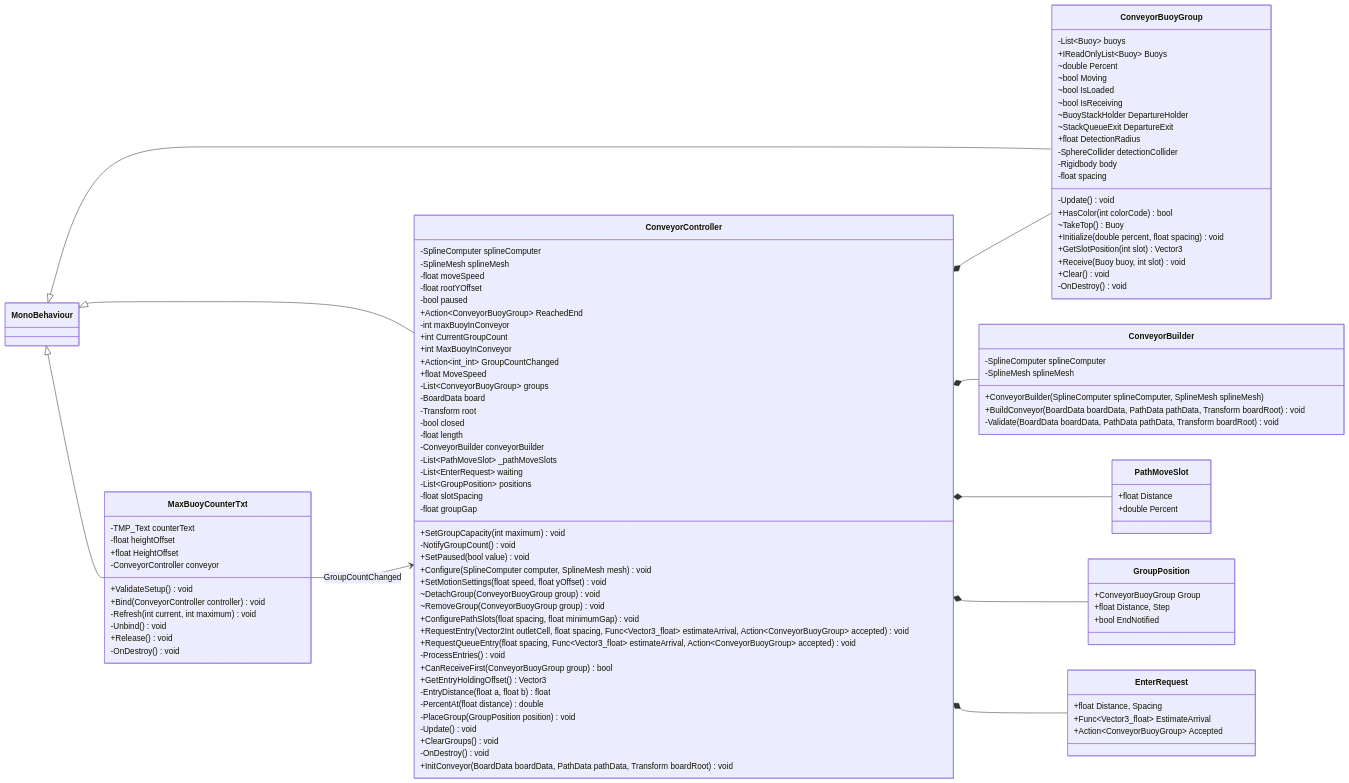
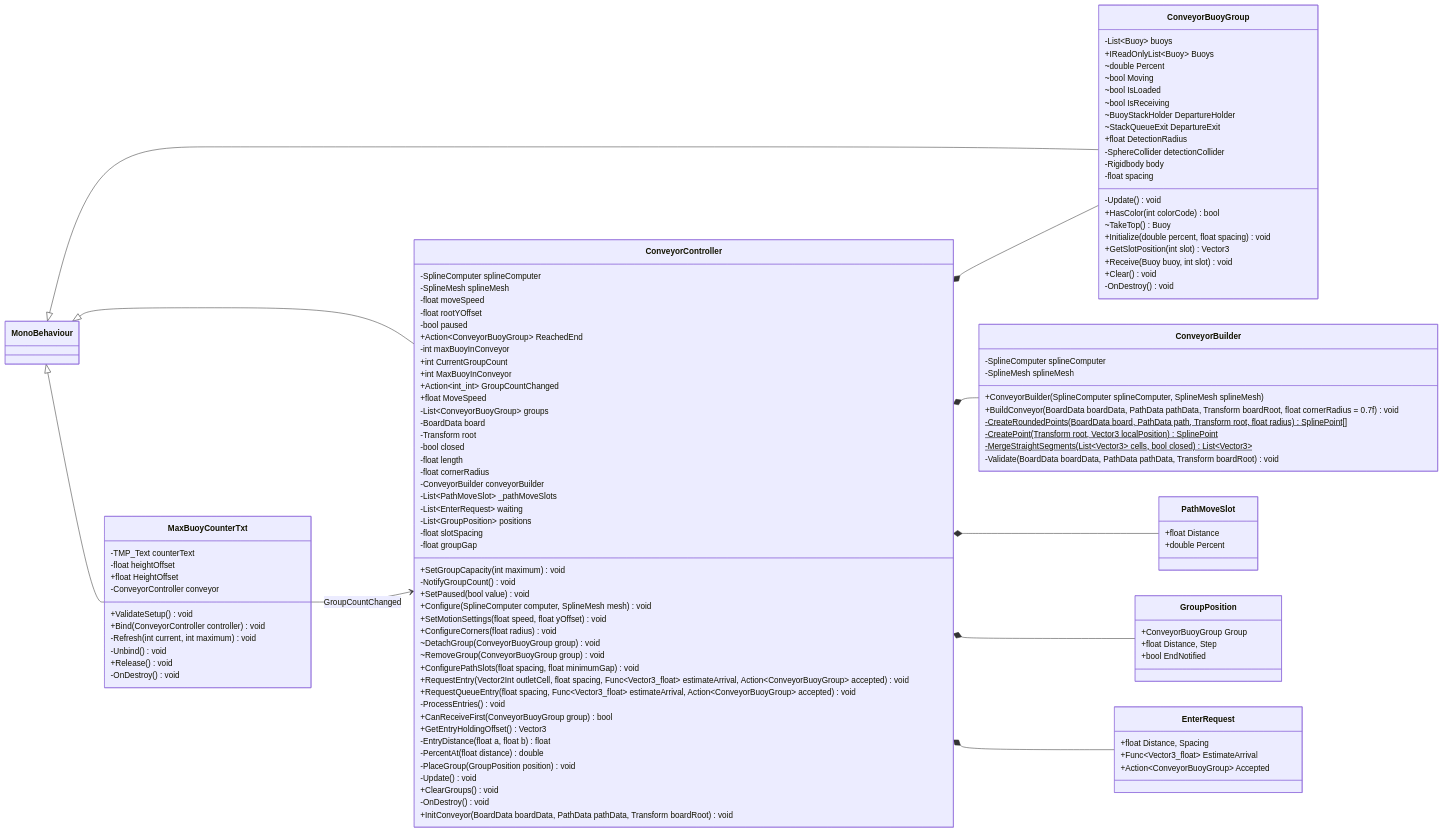
Before and after one commit to nchuoi2443/WaterConveyorSort: the diagram in Docs/ClassDiagram-Conveyor.mmd, drawn with Mermaid. The commit also changed 8 other files, not shown here.

Commit message:
polish conveyor corner

```diff
--- a/Docs/ClassDiagram-Conveyor.mmd
+++ b/Docs/ClassDiagram-Conveyor.mmd
@@ -1,110 +1,115 @@
 classDiagram
 direction LR
 class ConveyorBuilder {
     -SplineComputer splineComputer
     -SplineMesh splineMesh
     +ConveyorBuilder(SplineComputer splineComputer, SplineMesh splineMesh)
-    +BuildConveyor(BoardData boardData, PathData pathData, Transform boardRoot) void
+    +BuildConveyor(BoardData boardData, PathData pathData, Transform boardRoot, float cornerRadius = 0.7f) void
+    -CreateRoundedPoints(BoardData board, PathData path, Transform root, float radius) SplinePoint[]$
+    -CreatePoint(Transform root, Vector3 localPosition) SplinePoint$
+    -MergeStraightSegments(List~Vector3~ cells, bool closed) List~Vector3~$
     -Validate(BoardData boardData, PathData pathData, Transform boardRoot) void
 }
 class ConveyorBuoyGroup {
     -List~Buoy~ buoys
     +IReadOnlyList~Buoy~ Buoys
     ~double Percent
     ~bool Moving
     ~bool IsLoaded
     ~bool IsReceiving
     ~BuoyStackHolder DepartureHolder
     ~StackQueueExit DepartureExit
     +float DetectionRadius
     -SphereCollider detectionCollider
     -Rigidbody body
     -Update() void
     +HasColor(int colorCode) bool
     ~TakeTop() Buoy
     -float spacing
     +Initialize(double percent, float spacing) void
     +GetSlotPosition(int slot) Vector3
     +Receive(Buoy buoy, int slot) void
     +Clear() void
     -OnDestroy() void
 }
 MonoBehaviour <|-- ConveyorBuoyGroup
 class ConveyorController {
     -SplineComputer splineComputer
     -SplineMesh splineMesh
     -float moveSpeed
     -float rootYOffset
     -bool paused
     +Action~ConveyorBuoyGroup~ ReachedEnd
     -int maxBuoyInConveyor
     +int CurrentGroupCount
     +int MaxBuoyInConveyor
     +Action~int_int~ GroupCountChanged
     +SetGroupCapacity(int maximum) void
     -NotifyGroupCount() void
     +SetPaused(bool value) void
     +Configure(SplineComputer computer, SplineMesh mesh) void
     +SetMotionSettings(float speed, float yOffset) void
     +float MoveSpeed
     -List~ConveyorBuoyGroup~ groups
     -BoardData board
     -Transform root
     -bool closed
     -float length
+    -float cornerRadius
+    +ConfigureCorners(float radius) void
     -ConveyorBuilder conveyorBuilder
     -List~PathMoveSlot~ _pathMoveSlots
     -List~EnterRequest~ waiting
     -List~GroupPosition~ positions
     -float slotSpacing
     -float groupGap
     ~DetachGroup(ConveyorBuoyGroup group) void
     ~RemoveGroup(ConveyorBuoyGroup group) void
     +ConfigurePathSlots(float spacing, float minimumGap) void
     +RequestEntry(Vector2Int outletCell, float spacing, Func~Vector3_float~ estimateArrival, Action~ConveyorBuoyGroup~ accepted) void
     +RequestQueueEntry(float spacing, Func~Vector3_float~ estimateArrival, Action~ConveyorBuoyGroup~ accepted) void
     -ProcessEntries() void
     +CanReceiveFirst(ConveyorBuoyGroup group) bool
     +GetEntryHoldingOffset() Vector3
     -EntryDistance(float a, float b) float
     -PercentAt(float distance) double
     -PlaceGroup(GroupPosition position) void
     -Update() void
     +ClearGroups() void
     -OnDestroy() void
     +InitConveyor(BoardData boardData, PathData pathData, Transform boardRoot) void
 }
 MonoBehaviour <|-- ConveyorController
 class PathMoveSlot {
     +float Distance
     +double Percent
 }
 class GroupPosition {
     +ConveyorBuoyGroup Group
     +float Distance, Step
     +bool EndNotified
 }
 class EnterRequest {
     +float Distance, Spacing
     +Func~Vector3_float~ EstimateArrival
     +Action~ConveyorBuoyGroup~ Accepted
 }
 class MaxBuoyCounterTxt {
     -TMP_Text counterText
     -float heightOffset
     +float HeightOffset
     -ConveyorController conveyor
     +ValidateSetup() void
     +Bind(ConveyorController controller) void
     -Refresh(int current, int maximum) void
     -Unbind() void
     +Release() void
     -OnDestroy() void
 }
 MonoBehaviour <|-- MaxBuoyCounterTxt
 ConveyorController *-- ConveyorBuilder
 ConveyorController *-- ConveyorBuoyGroup
 ConveyorController *-- PathMoveSlot
 ConveyorController *-- GroupPosition
 ConveyorController *-- EnterRequest
 MaxBuoyCounterTxt --> ConveyorController : GroupCountChanged
```
